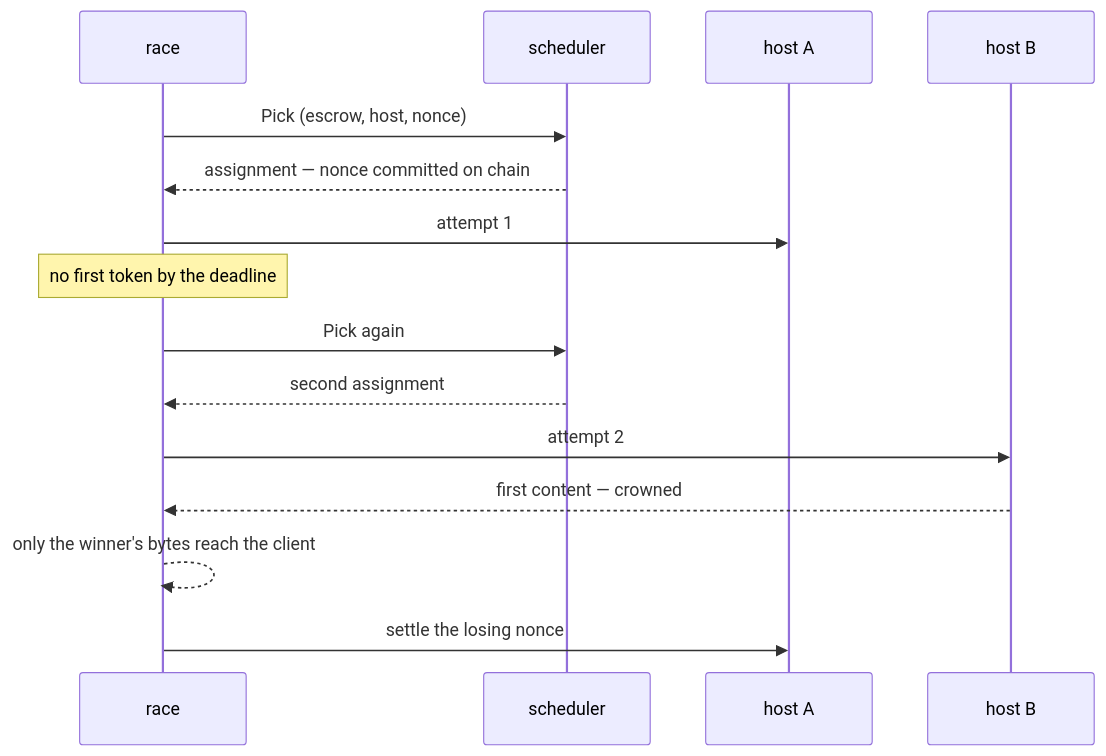
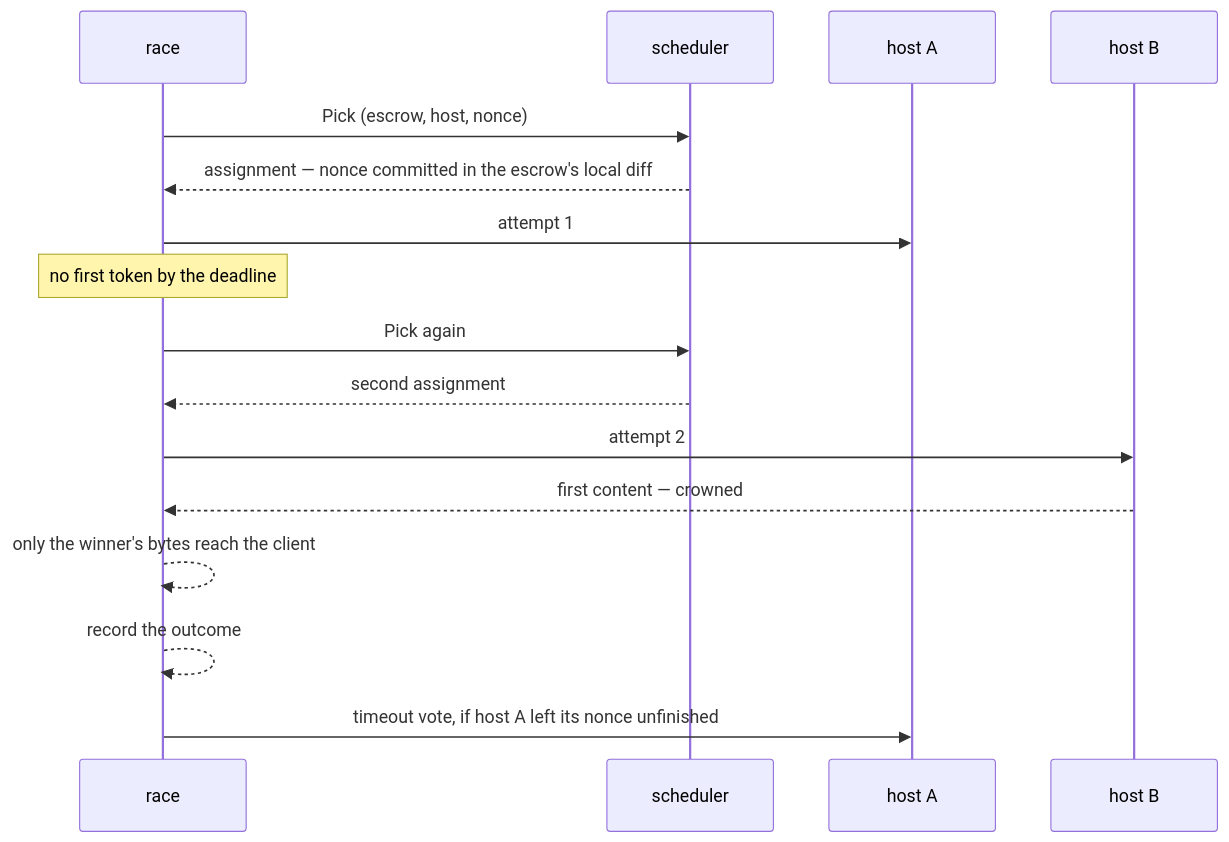
One commit to kaileido/gonka changed the diagram in devshard/cmd/gateway/docs/request.md. Above: the diagram before and after it, drawn with Mermaid. The commit also changed 8 other files, not shown here.

````diff
--- a/devshard/cmd/gateway/docs/request.md
+++ b/devshard/cmd/gateway/docs/request.md
@@ -57,17 +57,18 @@
 ```mermaid
 sequenceDiagram
     participant R as race
     participant S as scheduler
     participant H1 as host A
     participant H2 as host B
     R->>S: Pick (escrow, host, nonce)
-    S-->>R: assignment — nonce committed on chain
+    S-->>R: assignment — nonce committed in the escrow's local diff
     R->>H1: attempt 1
     Note over R: no first token by the deadline
     R->>S: Pick again
     S-->>R: second assignment
     R->>H2: attempt 2
     H2-->>R: first content — crowned
     R-->>R: only the winner's bytes reach the client
-    R->>H1: settle the losing nonce
+    R-->>R: record the outcome
+    R->>H1: timeout vote, if host A left its nonce unfinished
 ```
````
